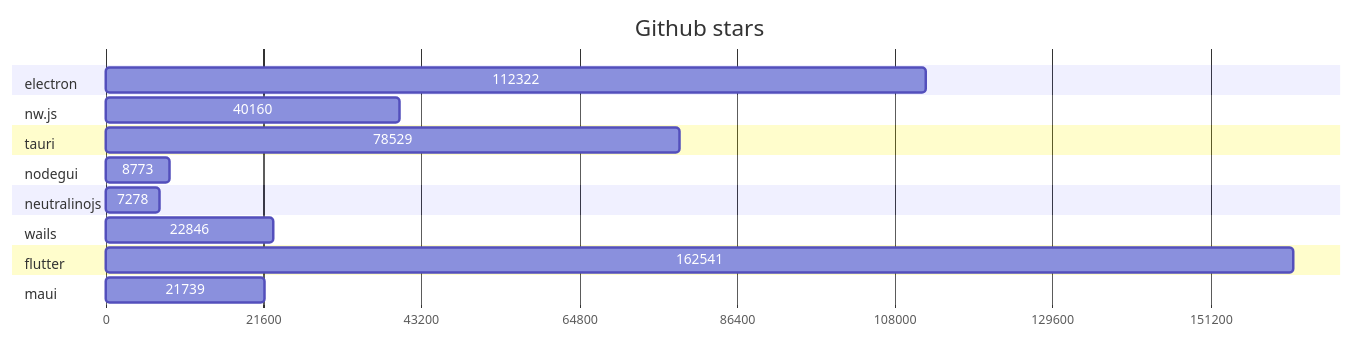
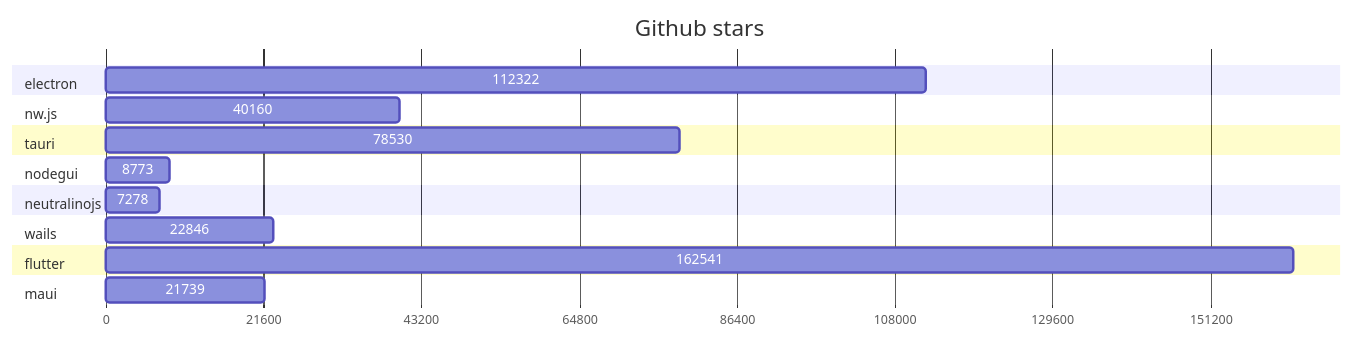
Before and after one commit to Elanis/web-to-desktop-framework-comparison: the first of 2 diagrams in GRAPHS.md, drawn with Mermaid. The commit also changed 2 other files, not shown here.

Commit message:
Refacto stats.js

````diff
--- a/GRAPHS.md
+++ b/GRAPHS.md
@@ -5,40 +5,40 @@
 ```mermaid
 gantt
     title Github stars
     dateFormat  X
     axisFormat %s
 
 
 	section electron
 	112322 : 0, 112322
 
 	
 	section nw.js
 	40160 : 0, 40160
 
 	
 	section tauri
-	78529 : 0, 78529
+	78530 : 0, 78530
 
 	
 	section nodegui
 	8773 : 0, 8773
 
 	
 	section neutralinojs
 	7278 : 0, 7278
 
 	
 	section wails
 	22846 : 0, 22846
 
 	
 	section flutter
 	162541 : 0, 162541
 
 	
 	section maui
 	21739 : 0, 21739
 
 	
 ```
````
